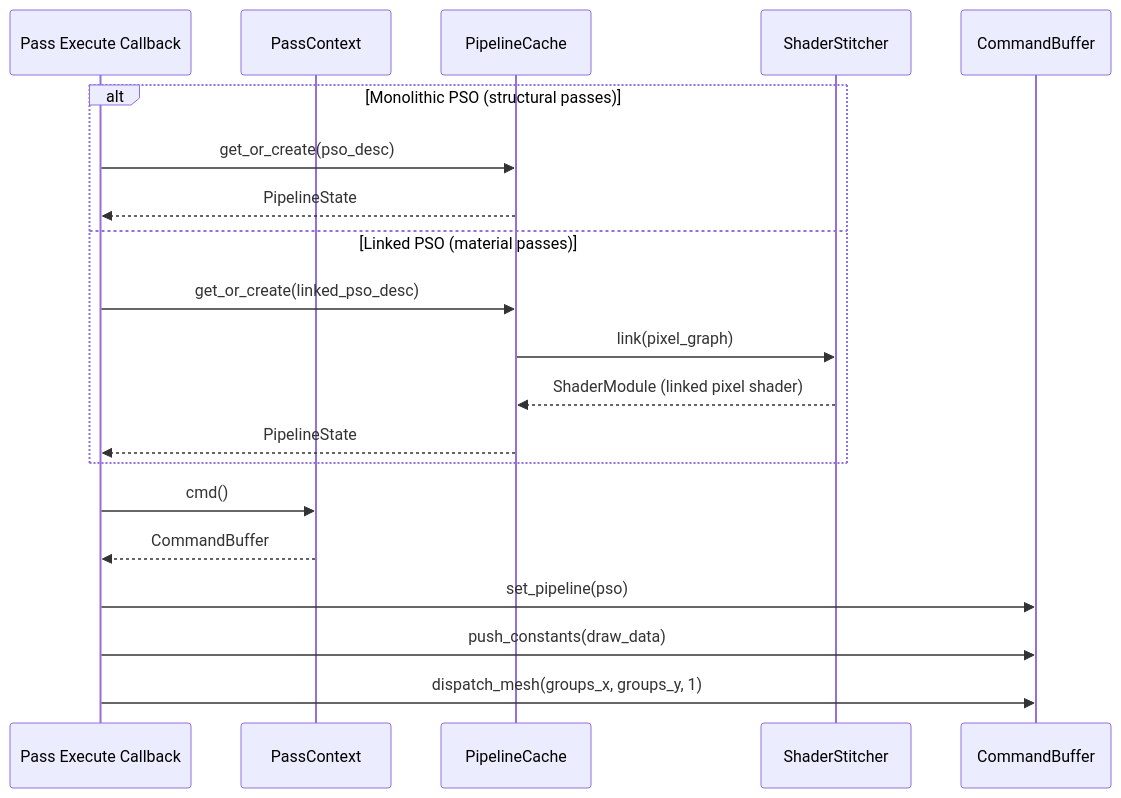
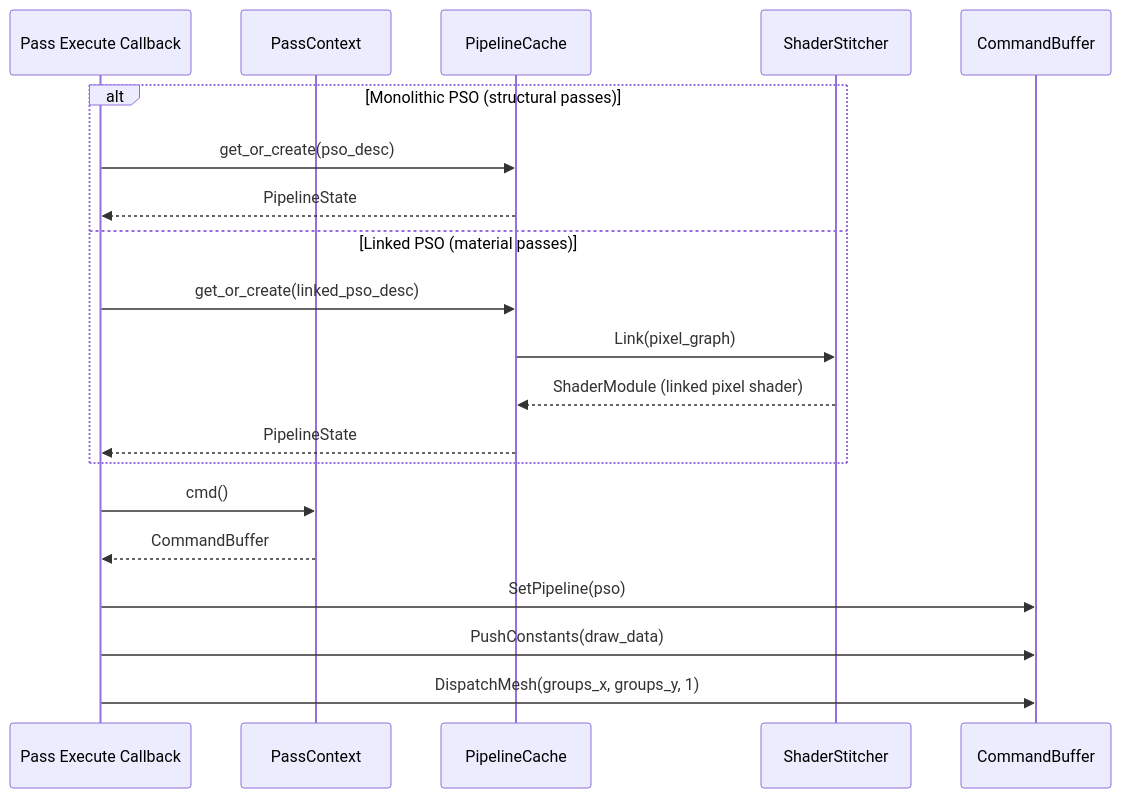
One commit to harmonius-dev/harmonius changed diagram 16 of 16 in docs/design/shader-pipeline-classes.md. Above: the diagram before and after it, drawn with Mermaid. The commit also changed other lines of this file and 67 other files, not shown here.

````diff
--- a/docs/design/shader-pipeline-classes.md
+++ b/docs/design/shader-pipeline-classes.md
@@ -839,23 +839,23 @@
 ```mermaid
 sequenceDiagram
     participant Pass as Pass Execute Callback
     participant Ctx as PassContext
     participant Cache as PipelineCache
     participant Stitch as ShaderStitcher
     participant Cmd as CommandBuffer
 
     alt Monolithic PSO (structural passes)
         Pass->>Cache: get_or_create(pso_desc)
         Cache-->>Pass: PipelineState
     else Linked PSO (material passes)
         Pass->>Cache: get_or_create(linked_pso_desc)
-        Cache->>Stitch: link(pixel_graph)
+        Cache->>Stitch: Link(pixel_graph)
         Stitch-->>Cache: ShaderModule (linked pixel shader)
         Cache-->>Pass: PipelineState
     end
     Pass->>Ctx: cmd()
     Ctx-->>Pass: CommandBuffer
-    Pass->>Cmd: set_pipeline(pso)
-    Pass->>Cmd: push_constants(draw_data)
-    Pass->>Cmd: dispatch_mesh(groups_x, groups_y, 1)
+    Pass->>Cmd: SetPipeline(pso)
+    Pass->>Cmd: PushConstants(draw_data)
+    Pass->>Cmd: DispatchMesh(groups_x, groups_y, 1)
 ```
````
